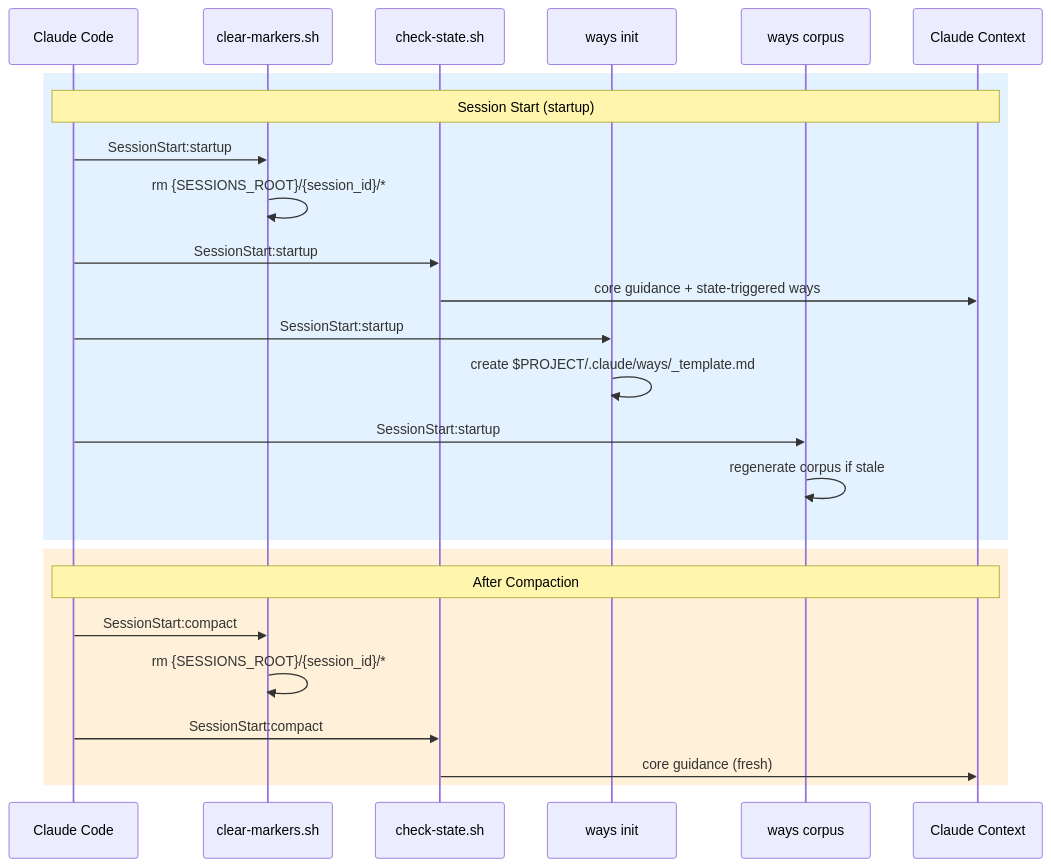
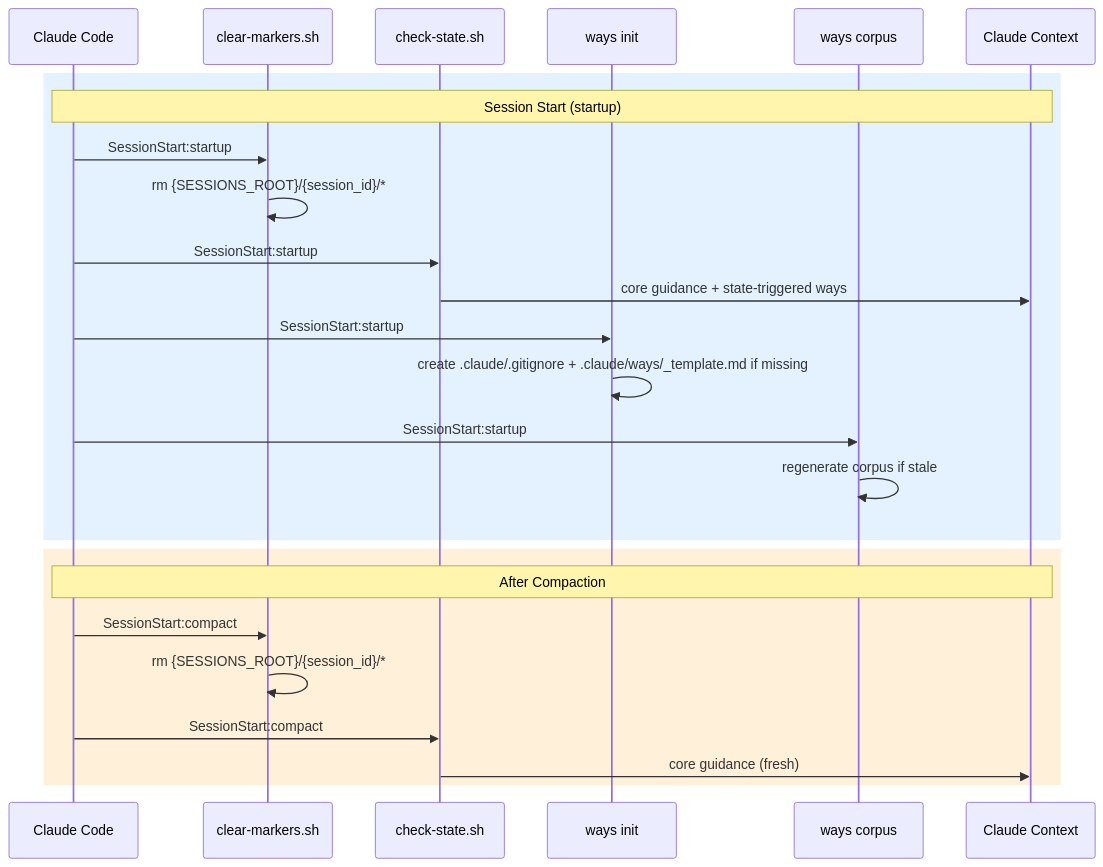
One commit to aaronsb/agent-ways changed the first of 6 diagrams in docs/hooks-and-ways.md. Above: the diagram before and after it, drawn with Mermaid. The commit also changed other lines of this file and 2 other files, not shown here.

Commit message:
docs: record that ways init scaffolds a project's .claude/ (#567)
Appends a dated note to ADR-128 stating what ways init writes and when, with the operator's decision that the scaffold is expected. The user docs now say a fresh repo gets .claude/.gitignore and .claude/ways/_template.md and that projects may commit or ignore them.

````diff
--- a/docs/hooks-and-ways.md
+++ b/docs/hooks-and-ways.md
@@ -59,29 +59,29 @@
 ```mermaid
 sequenceDiagram
     participant CC as Claude Code
     participant CM as clear-markers.sh
     participant CS as check-state.sh
     participant WI as ways init
     participant WC as ways corpus
     participant Ctx as Claude Context
 
     rect rgba(66, 165, 245, 0.15)
         Note over CC,Ctx: Session Start (startup)
         CC->>CM: SessionStart:startup
         CM->>CM: rm {SESSIONS_ROOT}/{session_id}/*
         CC->>CS: SessionStart:startup
         CS->>Ctx: core guidance + state-triggered ways
         CC->>WI: SessionStart:startup
-        WI->>WI: create $PROJECT/.claude/ways/_template.md
+        WI->>WI: create .claude/.gitignore + .claude/ways/_template.md if missing
         CC->>WC: SessionStart:startup
         WC->>WC: regenerate corpus if stale
     end
 
     rect rgba(255, 152, 0, 0.15)
         Note over CC,Ctx: After Compaction
         CC->>CM: SessionStart:compact
         CM->>CM: rm {SESSIONS_ROOT}/{session_id}/*
         CC->>CS: SessionStart:compact
         CS->>Ctx: core guidance (fresh)
     end
 ```
````
